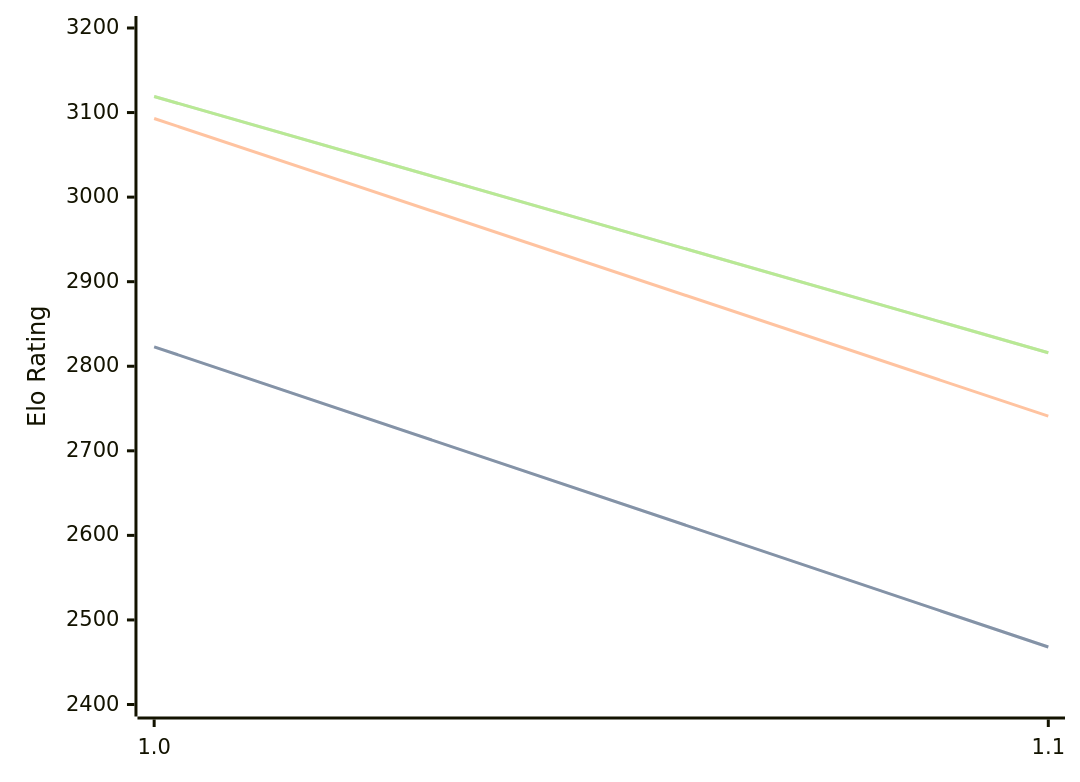
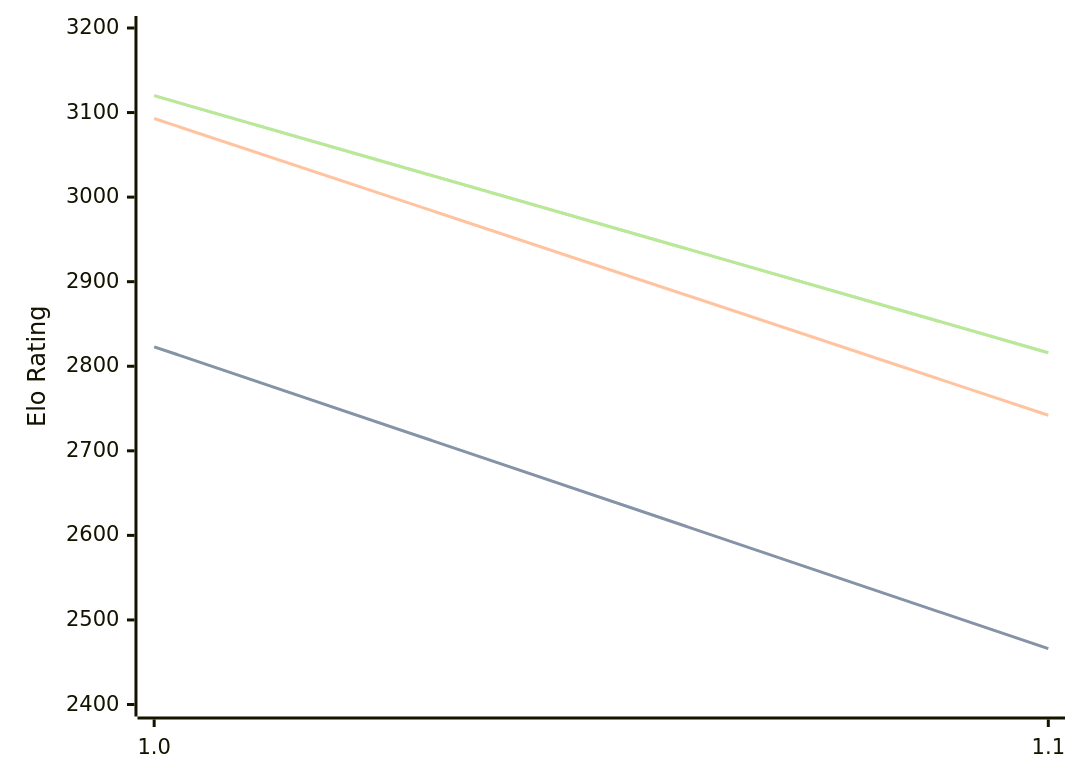
The third of 3 diagrams in engines/Publius.md (computer-chess-index/cci), drawn with Mermaid before and after one commit. The commit also changed other lines of this file, not shown here.

Commit message:
Update CCI Ratings (ELO VLTC) - 2026-06-21

````diff
--- a/engines/Publius.md
+++ b/engines/Publius.md
@@ -65,11 +65,11 @@
 ```mermaid
 %%{init: {"theme":"base","themeVariables":{"seriesColors:['#a3a3a3','#222221','#faa371']}}}%%
 xychart-beta
   x-axis ["1.0", "1.1"]
   y-axis "Elo Rating" 2400 --> 3200
-  line "STC (8.0+0.08s)" [2823, 2468]
-  line "STC (8.0+0.08s)" [2823, 2468]
-  line "LTC (60.0+0.60s)" [3093, 2741]
-  line "VLTC (2m24s+1.12s)" [3119, 2816]
-  line "VLTC (2m24s+1.12s)" [3119, 2816]
+  line "STC (8.0+0.08s)" [2823, 2466]
+  line "STC (8.0+0.08s)" [2823, 2466]
+  line "LTC (60.0+0.60s)" [3093, 2742]
+  line "VLTC (2m24s+1.12s)" [3120, 2816]
+  line "VLTC (2m24s+1.12s)" [3120, 2816]
 ```
````
